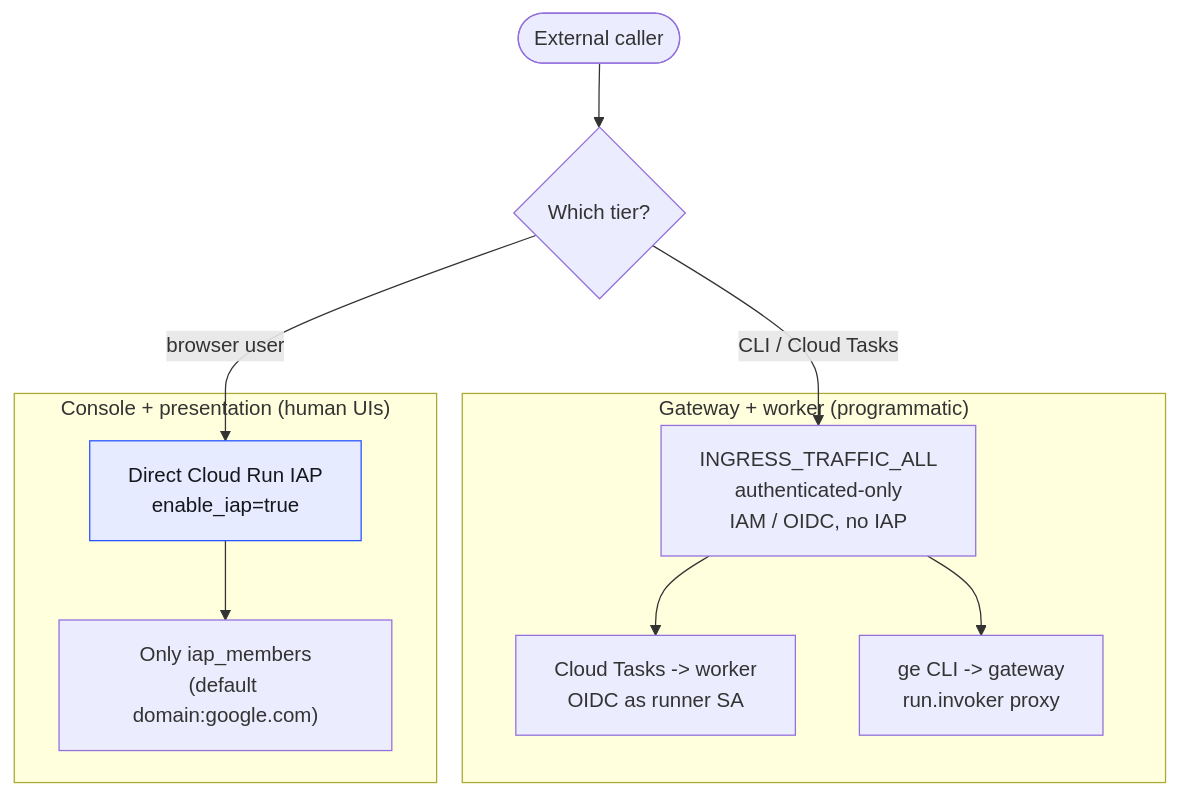
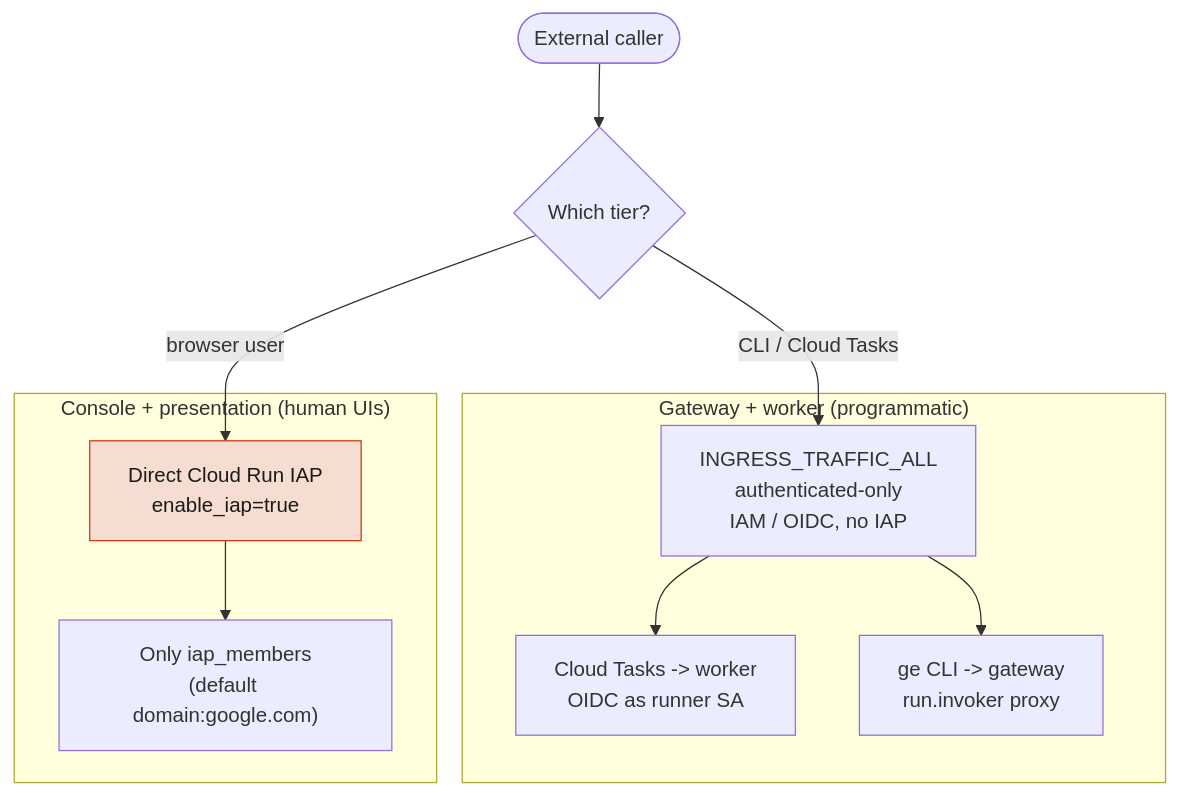
One commit to vamsiramakrishnan/ge-agent-factory changed the diagram in docs/diagrams-src/access-posture-tiers.mmd. Above: the diagram before and after it, drawn with Mermaid. The commit also changed 87 other files, not shown here.

```diff
--- a/docs/diagrams-src/access-posture-tiers.mmd
+++ b/docs/diagrams-src/access-posture-tiers.mmd
@@ -1,24 +1,24 @@
 flowchart TD
     Internet(["External caller"])
     Tier1{"Which tier?"}
 
     subgraph T1["Gateway + worker (programmatic)"]
         G1["INGRESS_TRAFFIC_ALL\nauthenticated-only\nIAM / OIDC, no IAP"]
         G2["Cloud Tasks -> worker\nOIDC as runner SA"]
         G3["ge CLI -> gateway\nrun.invoker proxy"]
     end
 
     subgraph T2["Console + presentation (human UIs)"]
         C1["Direct Cloud Run IAP\nenable_iap=true"]
         C2["Only iap_members\n(default domain:google.com)"]
     end
 
     Internet --> Tier1
     Tier1 -->|CLI / Cloud Tasks| G1
     G1 --> G2
     G1 --> G3
     Tier1 -->|browser user| C1
     C1 --> C2
 
-    classDef primary fill:#e6ebff,stroke:#2953ff,color:#14171c
+    classDef primary fill:#f6ddd1,stroke:#cc3d0d,color:#1a1a18
     class C1 primary
```
